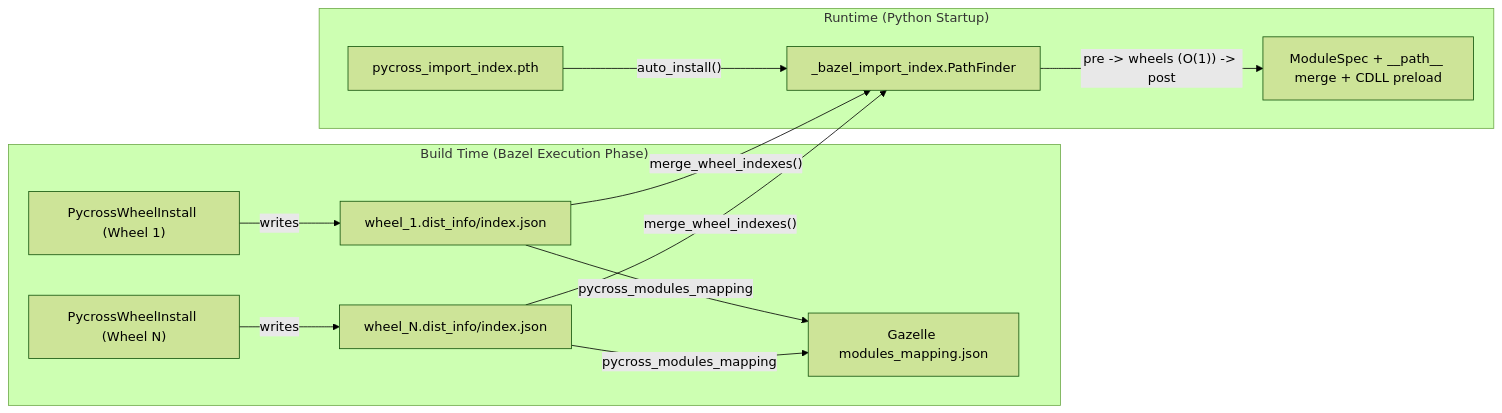
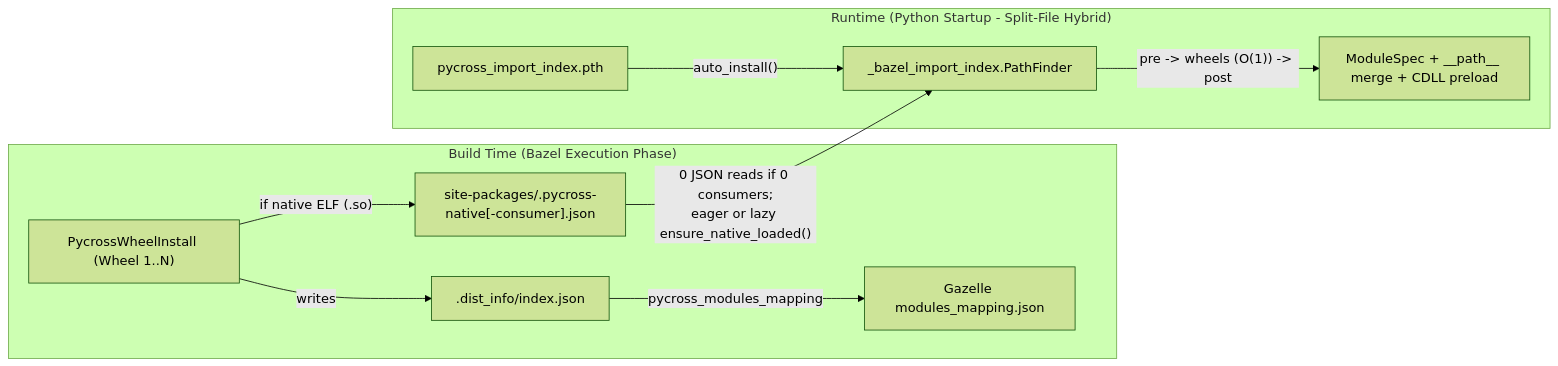
Before and after one commit to jvolkman/rules_pycross: the diagram in docs/import_index.md, drawn with Mermaid (forest theme). The commit also changed other lines of this file and 7 other files, not shown here.

First line of the commit message:
feat(index): implement split-file hybrid with in-root native dotfiles

````diff
--- a/docs/import_index.md
+++ b/docs/import_index.md
@@ -33,14 +33,14 @@
 ```mermaid
 flowchart LR
     subgraph Build["Build Time (Bazel Execution Phase)"]
-        W1["PycrossWheelInstall (Wheel 1)"] -->|"writes"| I1["wheel_1.dist_info/index.json"]
-        W2["PycrossWheelInstall (Wheel N)"] -->|"writes"| I2["wheel_N.dist_info/index.json"]
-        I1 & I2 -->|"pycross_modules_mapping"| G["Gazelle modules_mapping.json"]
+        W1["PycrossWheelInstall (Wheel 1..N)"] -->|"writes"| I1["<wheel>.dist_info/index.json"]
+        W1 -->|"if native ELF (.so)"| D1["site-packages/.pycross-native[-consumer].json"]
+        I1 -->|"pycross_modules_mapping"| G["Gazelle modules_mapping.json"]
     end
 
-    subgraph Runtime["Runtime (Python Startup)"]
+    subgraph Runtime["Runtime (Python Startup - Split-File Hybrid)"]
         PTH["pycross_import_index.pth"] -->|"auto_install()"| PF["_bazel_import_index.PathFinder"]
-        I1 & I2 -->|"merge_wheel_indexes()"| PF
+        D1 -->|"0 JSON reads if 0 consumers;\neager or lazy ensure_native_loaded()"| PF
         PF -->|"pre -> wheels (O(1)) -> post"| IMP["ModuleSpec + __path__ merge + CDLL preload"]
     end
 ```
````
